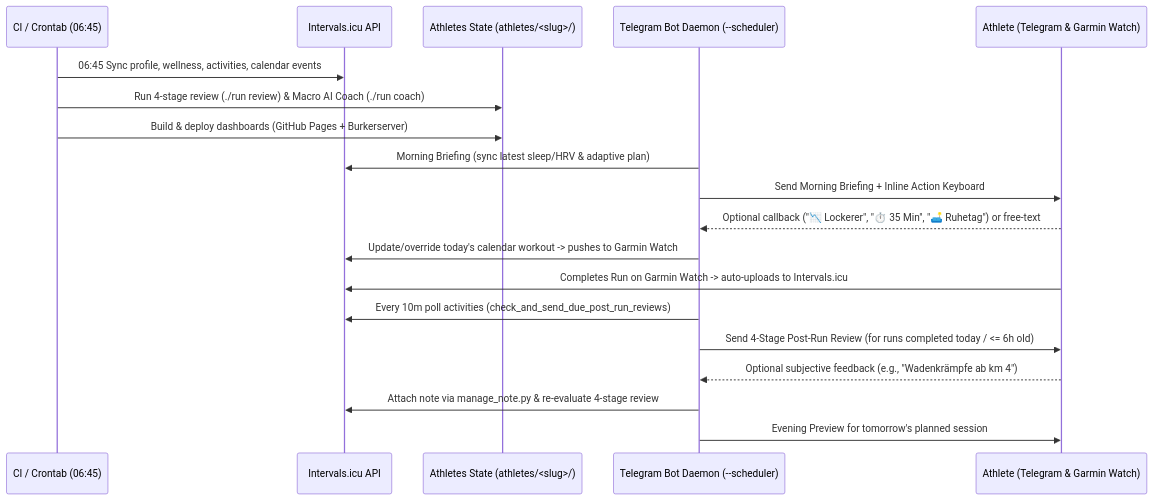
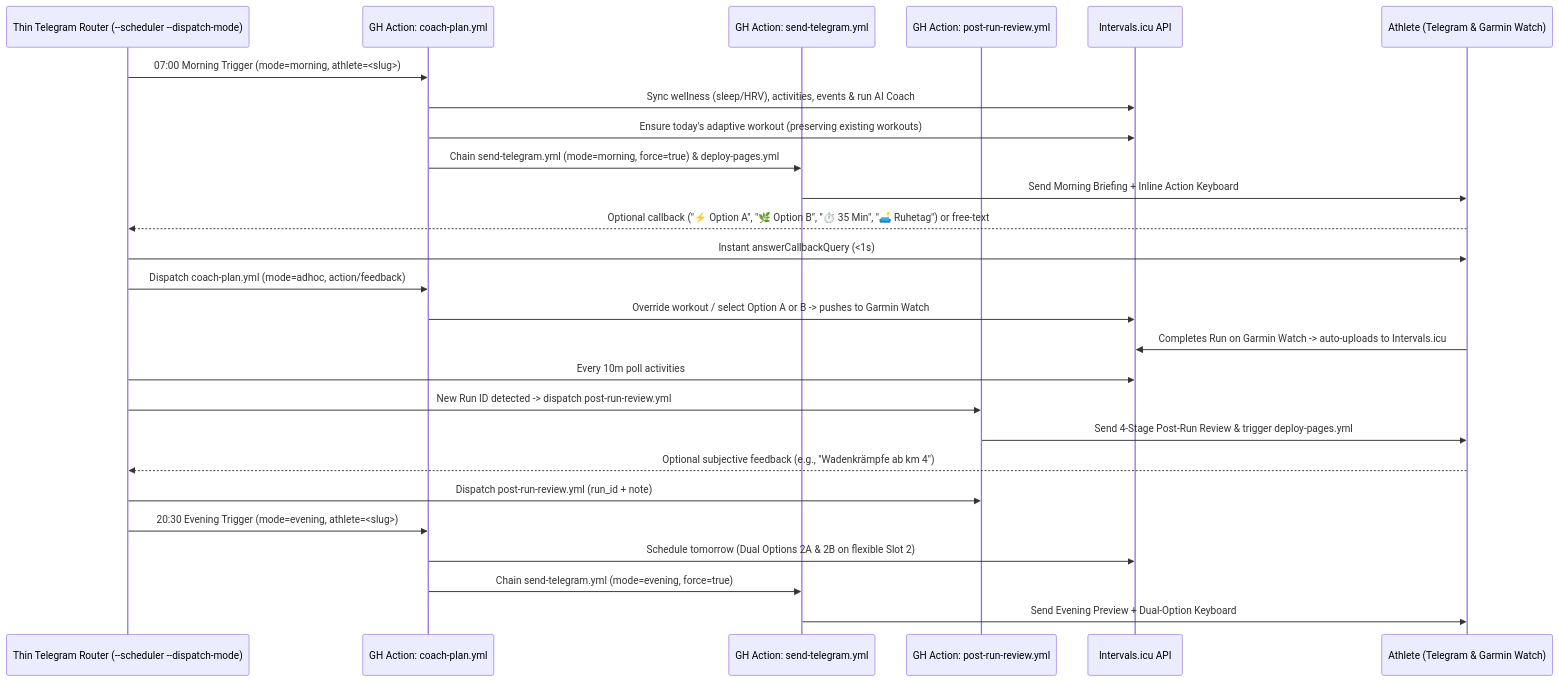
Before and after one commit to bernhardburker/laufen: the second of 2 diagrams in docs/SYSTEM_SPEC.md, drawn with Mermaid. The commit also changed other lines of this file and 7 other files, not shown here.

Commit message:
docs(arch): separate SOLL spec into SYSTEM_SPEC and fix dispatch-mode briefing handoff

````diff
--- a/docs/SYSTEM_SPEC.md
+++ b/docs/SYSTEM_SPEC.md
@@ -114,22 +192,29 @@
 ```mermaid
 sequenceDiagram
-    participant Cron as CI / Crontab (06:45)
+    participant Daemon as Thin Telegram Router (--scheduler --dispatch-mode)
+    participant WF_Coach as GH Action: coach-plan.yml
+    participant WF_Brief as GH Action: send-telegram.yml
+    participant WF_Rev as GH Action: post-run-review.yml
     participant ICU as Intervals.icu API
-    participant Repo as Athletes State (athletes/<slug>/)
-    participant Daemon as Telegram Bot Daemon (--scheduler)
     participant User as Athlete (Telegram & Garmin Watch)
 
-    Cron->>ICU: 06:45 Sync profile, wellness, activities, calendar events
-    Cron->>Repo: Run 4-stage review (./run review) & Macro AI Coach (./run coach)
-    Cron->>Repo: Build & deploy dashboards (GitHub Pages + Burkerserver)
-    Daemon->>ICU: Morning Briefing (sync latest sleep/HRV & adaptive plan)
-    Daemon->>User: Send Morning Briefing + Inline Action Keyboard
-    User-->>Daemon: Optional callback ("📉 Lockerer", "⏱️ 35 Min", "🛋️ Ruhetag") or free-text
-    Daemon->>ICU: Update/override today's calendar workout -> pushes to Garmin Watch
+    Daemon->>WF_Coach: 07:00 Morning Trigger (mode=morning, athlete=<slug>)
+    WF_Coach->>ICU: Sync wellness (sleep/HRV), activities, events & run AI Coach
+    WF_Coach->>ICU: Ensure today's adaptive workout (preserving existing workouts)
+    WF_Coach->>WF_Brief: Chain send-telegram.yml (mode=morning, force=true) & deploy-pages.yml
+    WF_Brief->>User: Send Morning Briefing + Inline Action Keyboard
+    User-->>Daemon: Optional callback ("⚡ Option A", "🌿 Option B", "⏱️ 35 Min", "🛋️ Ruhetag") or free-text
+    Daemon->>User: Instant answerCallbackQuery (<1s)
+    Daemon->>WF_Coach: Dispatch coach-plan.yml (mode=adhoc, action/feedback)
+    WF_Coach->>ICU: Override workout / select Option A or B -> pushes to Garmin Watch
     User->>ICU: Completes Run on Garmin Watch -> auto-uploads to Intervals.icu
-    Daemon->>ICU: Every 10m poll activities (check_and_send_due_post_run_reviews)
-    Daemon->>User: Send 4-Stage Post-Run Review (for runs completed today / <= 6h old)
+    Daemon->>ICU: Every 10m poll activities
+    Daemon->>WF_Rev: New Run ID detected -> dispatch post-run-review.yml
+    WF_Rev->>User: Send 4-Stage Post-Run Review & trigger deploy-pages.yml
     User-->>Daemon: Optional subjective feedback (e.g., "Wadenkrämpfe ab km 4")
-    Daemon->>ICU: Attach note via manage_note.py & re-evaluate 4-stage review
-    Daemon->>User: Evening Preview for tomorrow's planned session
+    Daemon->>WF_Rev: Dispatch post-run-review.yml (run_id + note)
+    Daemon->>WF_Coach: 20:30 Evening Trigger (mode=evening, athlete=<slug>)
+    WF_Coach->>ICU: Schedule tomorrow (Dual Options 2A & 2B on flexible Slot 2)
+    WF_Coach->>WF_Brief: Chain send-telegram.yml (mode=evening, force=true)
+    WF_Brief->>User: Send Evening Preview + Dual-Option Keyboard
 ```
````
